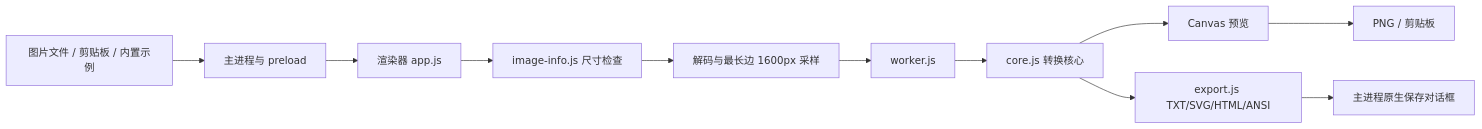
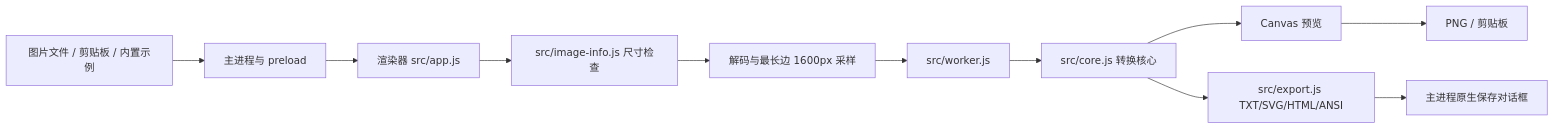
One commit to BerryFuwawa/glyph-studio changed the diagram in docs/architecture.md. Above: the diagram before and after it, drawn with Mermaid. The commit also changed other lines of this file and 28 other files, not shown here.

````diff
--- a/docs/architecture.md
+++ b/docs/architecture.md
@@ -5,13 +5,13 @@
 ```mermaid
 flowchart LR
   A[图片文件 / 剪贴板 / 内置示例] --> B[主进程与 preload]
-  B --> C[渲染器 app.js]
-  C --> D[image-info.js 尺寸检查]
+  B --> C[渲染器 src/app.js]
+  C --> D[src/image-info.js 尺寸检查]
   D --> E[解码与最长边 1600px 采样]
-  E --> F[worker.js]
-  F --> G[core.js 转换核心]
+  E --> F[src/worker.js]
+  F --> G[src/core.js 转换核心]
   G --> H[Canvas 预览]
-  G --> I[export.js TXT/SVG/HTML/ANSI]
+  G --> I[src/export.js TXT/SVG/HTML/ANSI]
   H --> J[PNG / 剪贴板]
   I --> K[主进程原生保存对话框]
 ```
````
